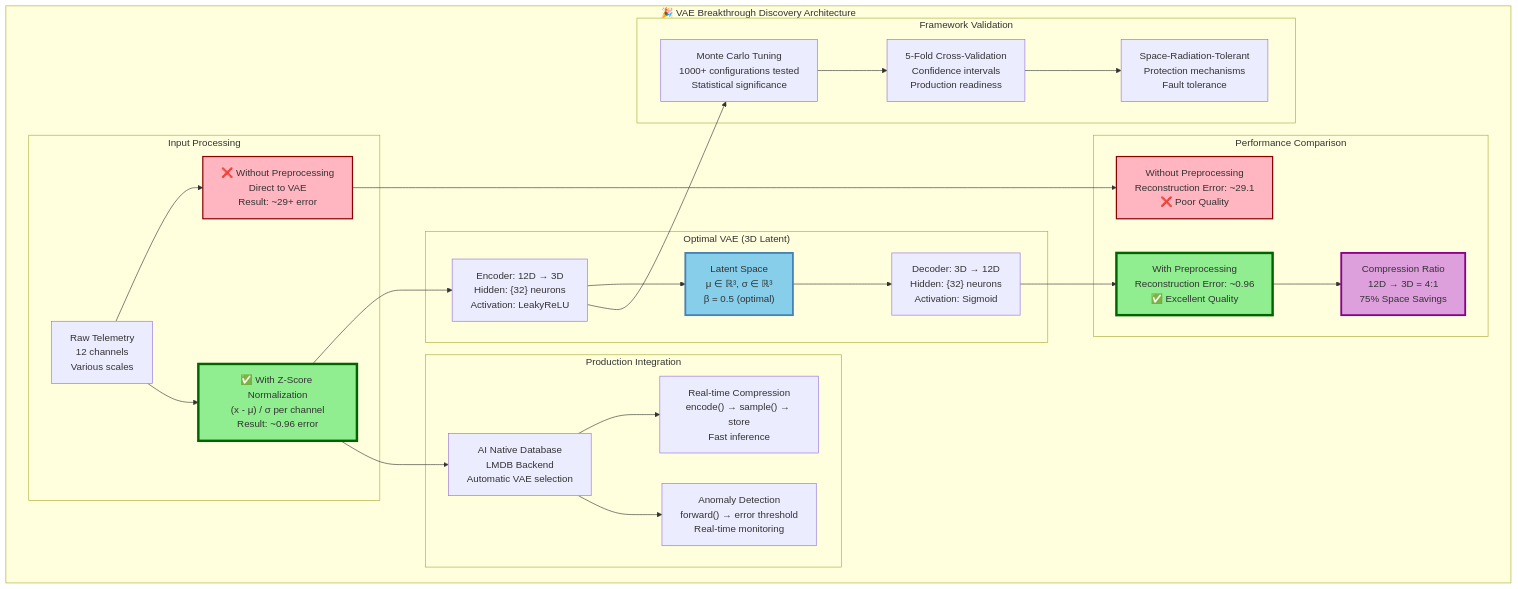
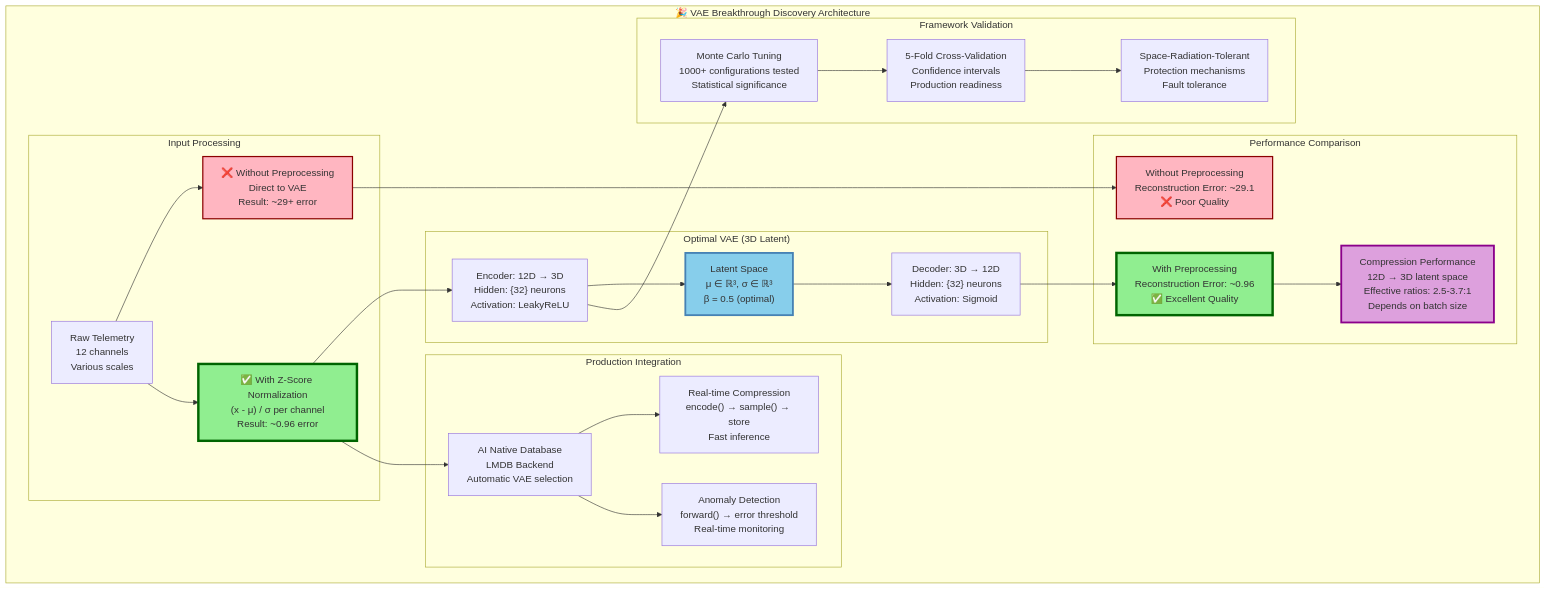
One commit to r0nlt/Space-Radiation-Tolerant changed the diagram in FAQ/DATABASE/VAE_BREAKTHROUGH_DISCOVERY.md. Above: the diagram before and after it, drawn with Mermaid. The commit also changed 3 other files, not shown here.

````diff
--- a/FAQ/DATABASE/VAE_BREAKTHROUGH_DISCOVERY.md
+++ b/FAQ/DATABASE/VAE_BREAKTHROUGH_DISCOVERY.md
@@ -40,58 +40,58 @@
 ```mermaid
 flowchart TD
     subgraph "🎉 VAE Breakthrough Discovery Architecture"
         subgraph "Input Processing"
             A["Raw Telemetry<br/>12 channels<br/>Various scales"]
             B["❌ Without Preprocessing<br/>Direct to VAE<br/>Result: ~29+ error"]
             C["✅ With Z-Score Normalization<br/>(x - μ) / σ per channel<br/>Result: ~0.96 error"]
         end
 
         subgraph "Optimal VAE (3D Latent)"
             D["Encoder: 12D → 3D<br/>Hidden: {32} neurons<br/>Activation: LeakyReLU"]
             E["Latent Space<br/>μ ∈ ℝ³, σ ∈ ℝ³<br/>β = 0.5 (optimal)"]
             F["Decoder: 3D → 12D<br/>Hidden: {32} neurons<br/>Activation: Sigmoid"]
         end
 
         subgraph "Performance Comparison"
             G["Without Preprocessing<br/>Reconstruction Error: ~29.1<br/>❌ Poor Quality"]
             H["With Preprocessing<br/>Reconstruction Error: ~0.96<br/>✅ Excellent Quality"]
-            I["Compression Ratio<br/>12D → 3D = 4:1<br/>75% Space Savings"]
+            I["Compression Performance<br/>12D → 3D latent space<br/>Effective ratios: 2.5-3.7:1<br/>Depends on batch size"]
         end
 
         subgraph "Production Integration"
             J["AI Native Database<br/>LMDB Backend<br/>Automatic VAE selection"]
             K["Real-time Compression<br/>encode() → sample() → store<br/>Fast inference"]
             L["Anomaly Detection<br/>forward() → error threshold<br/>Real-time monitoring"]
         end
 
         subgraph "Framework Validation"
             M["Monte Carlo Tuning<br/>1000+ configurations tested<br/>Statistical significance"]
             N["5-Fold Cross-Validation<br/>Confidence intervals<br/>Production readiness"]
             O["Space-Radiation-Tolerant<br/>Protection mechanisms<br/>Fault tolerance"]
         end
     end
 
     A --> B
     A --> C
     B --> G
     C --> D
     D --> E
     E --> F
     F --> H
     H --> I
 
     C --> J
     J --> K
     J --> L
 
     D --> M
     M --> N
     N --> O
 
     style C fill:#90EE90,stroke:#006400,stroke-width:4px
     style H fill:#90EE90,stroke:#006400,stroke-width:4px
     style B fill:#FFB6C1,stroke:#8B0000,stroke-width:2px
     style G fill:#FFB6C1,stroke:#8B0000,stroke-width:2px
     style E fill:#87CEEB,stroke:#4682B4,stroke-width:3px
     style I fill:#DDA0DD,stroke:#8B008B,stroke-width:3px
 ```
````
